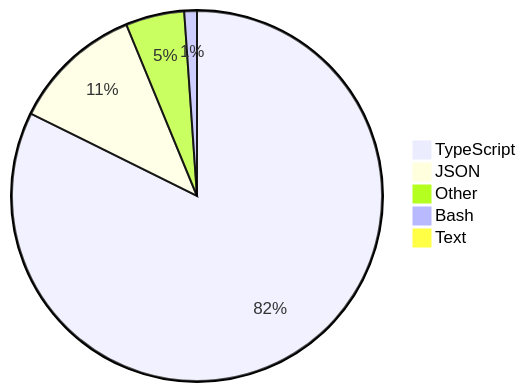
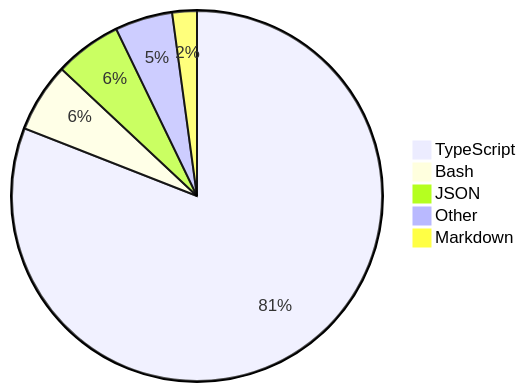
Before and after one commit to skvggor/skvggor: the diagram in README.md, drawn with Mermaid.

Commit message:
Updated waka-readme graph with new metrics

````diff
--- a/README.md
+++ b/README.md
@@ -28,8 +28,8 @@
 ```mermaid
 pie
-    "TypeScript" : 82.0
-    "JSON" : 11.4
-    "Other" : 5.1
-    "Bash" : 1.1
-    "Text" : 0.4
+    "TypeScript" : 79.0
+    "Bash" : 5.9
+    "JSON" : 5.7
+    "Other" : 4.9
+    "Markdown" : 2.1
 ```
````
